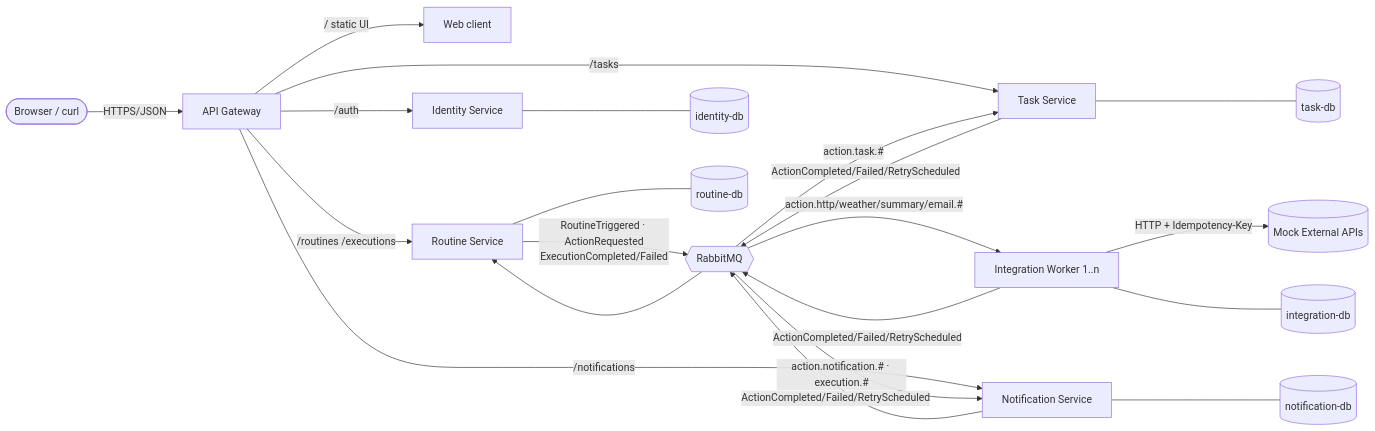
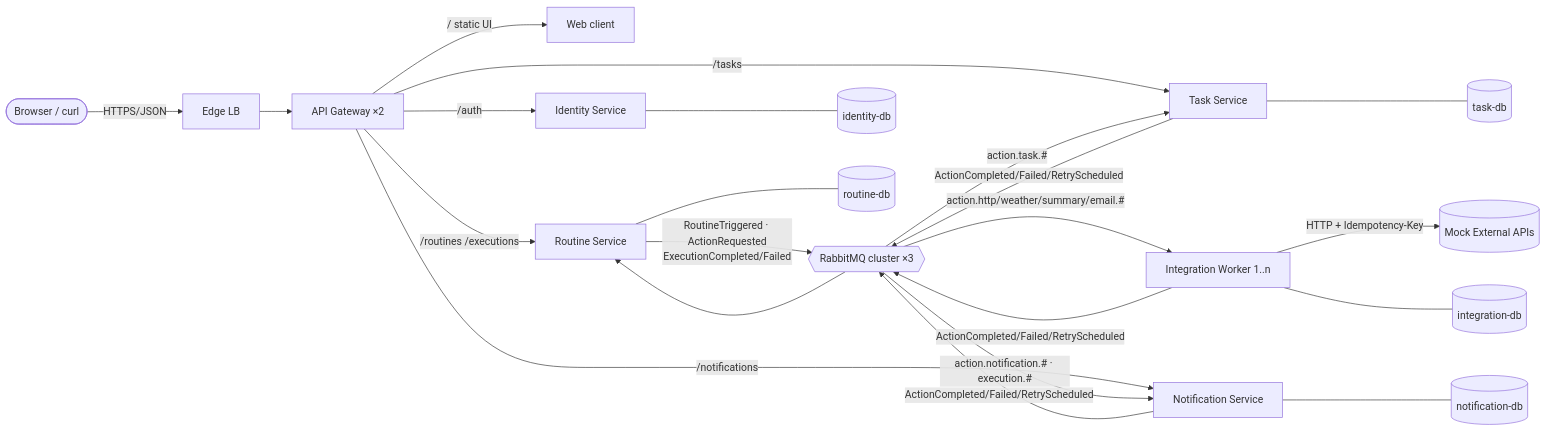
Before and after one commit to sxpersxnic/tbz-m321-routine: the first of 2 diagrams in docs/architecture.md, drawn with Mermaid. The commit also changed other lines of this file and 14 other files, not shown here.

````diff
--- a/docs/architecture.md
+++ b/docs/architecture.md
@@ -7,23 +7,23 @@
 ```mermaid
 flowchart LR
-    Client([Browser / curl]) -->|HTTPS/JSON| GW[API Gateway]
+    Client([Browser / curl]) -->|HTTPS/JSON| EDGE[Edge LB] --> GW[API Gateway ×2]
     GW -->|/ static UI| WEB[Web client]
     GW -->|/auth| ID[Identity Service]
     GW -->|/routines /executions| RS[Routine Service]
     GW -->|/tasks| TS[Task Service]
     GW -->|/notifications| NS[Notification Service]
 
-    RS -- "RoutineTriggered · ActionRequested\nExecutionCompleted/Failed" --> MB{{RabbitMQ}}
+    RS -- "RoutineTriggered · ActionRequested\nExecutionCompleted/Failed" --> MB{{RabbitMQ cluster ×3}}
     MB -- "action.task.#" --> TS
     MB -- "action.http/weather/summary/email.#" --> IW1[Integration Worker 1..n]
     MB -- "action.notification.# · execution.#" --> NS
     TS & IW1 & NS -- "ActionCompleted/Failed/RetryScheduled" --> MB
     MB --> RS
     IW1 -->|HTTP + Idempotency-Key| EXT[(Mock External APIs)]
 
     ID --- IDDB[(identity-db)]
     RS --- RSDB[(routine-db)]
     TS --- TSDB[(task-db)]
     NS --- NSDB[(notification-db)]
     IW1 --- IWDB[(integration-db)]
 ```
````
